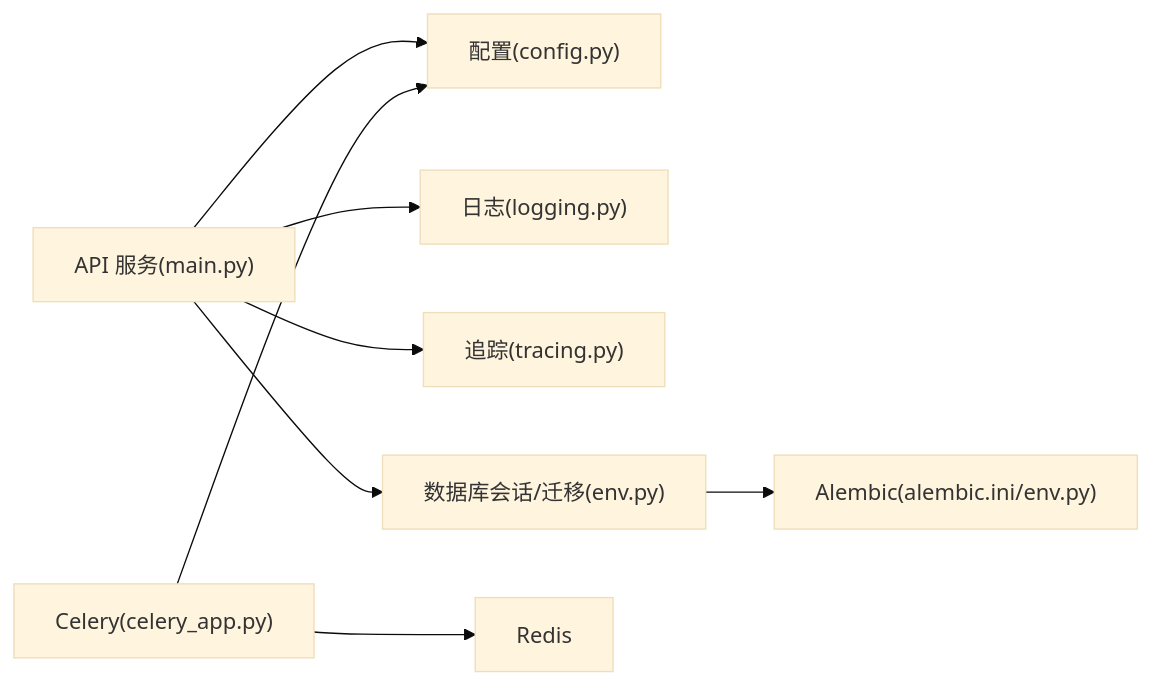
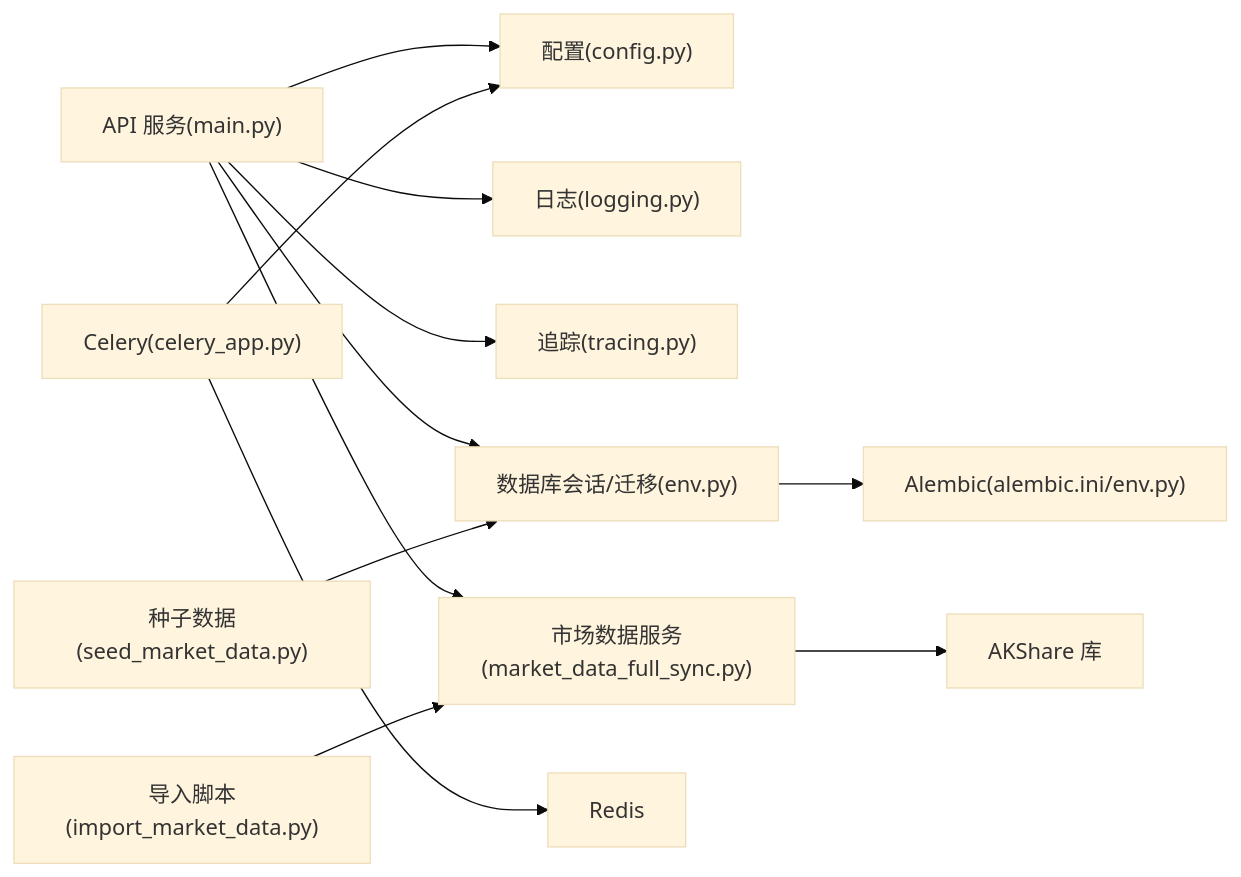
One commit to javelin-dot/llmine-quant changed the sixth of 6 diagrams in .qoder/repowiki/zh/content/部署与运维/部署与运维.md. Above: the diagram before and after it, drawn with Mermaid (base theme). The commit also changed other lines of this file and 19 other files, not shown here.

````diff
--- a/.qoder/repowiki/zh/content/部署与运维/部署与运维.md
+++ b/.qoder/repowiki/zh/content/部署与运维/部署与运维.md
@@ -247,10 +319,14 @@
 ```mermaid
 graph LR
 API["API 服务(main.py)"] --> CFG["配置(config.py)"]
 API --> LOG["日志(logging.py)"]
 API --> TRC["追踪(tracing.py)"]
 API --> DB["数据库会话/迁移(env.py)"]
+API --> MARKET["市场数据服务(market_data_full_sync.py)"]
+MARKET --> AKSHARE["AKShare 库"]
 WORKER["Celery(celery_app.py)"] --> CFG
 WORKER --> REDIS["Redis"]
 DB --> ALEMBIC["Alembic(alembic.ini/env.py)"]
+SCRIPTS["导入脚本(import_market_data.py)"] --> MARKET
+SEED["种子数据(seed_market_data.py)"] --> DB
 ```
````
